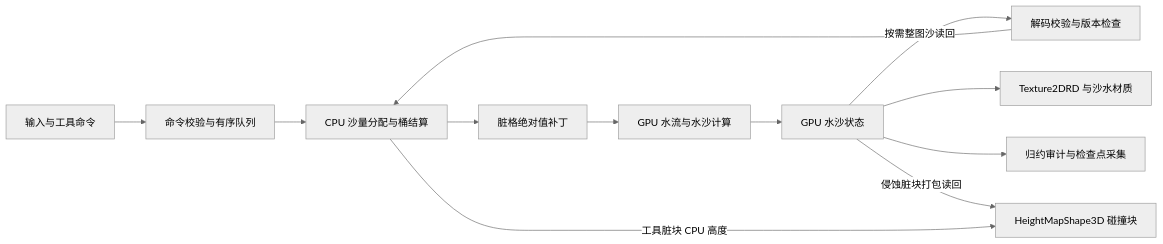
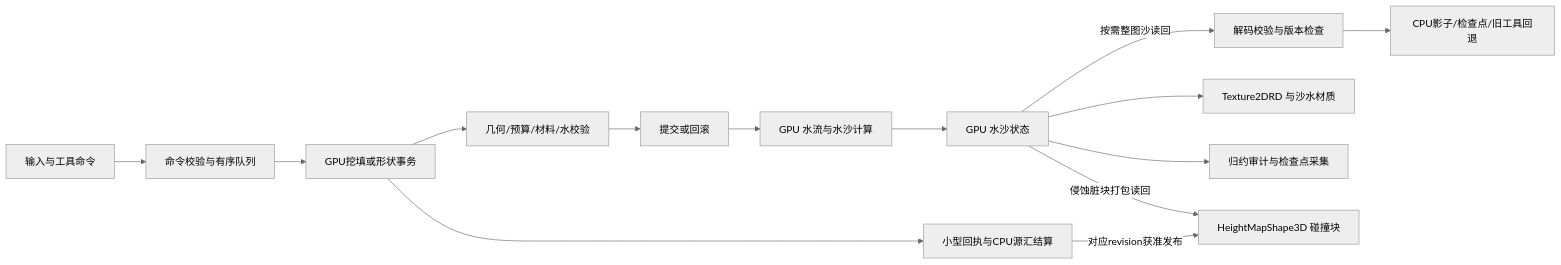
The first of 2 diagrams in docs/当前项目技术方案.md (bobozai2019/sancastle), drawn with Mermaid (neutral theme) before and after one commit. The commit also changed other lines of this file and 725 other files, not shown here.

````diff
--- a/docs/当前项目技术方案.md
+++ b/docs/当前项目技术方案.md
@@ -59,14 +75,16 @@
 ```mermaid
 flowchart LR
     I[输入与工具命令] --> Q[命令校验与有序队列]
-    Q --> C[CPU 沙量分配与桶结算]
-    C --> P[脏格绝对值补丁]
-    P --> G[GPU 水流与水沙计算]
+    Q --> E[GPU挖填或形状事务]
+    E --> V[几何/预算/材料/水校验]
+    V --> C[提交或回滚]
+    C --> G[GPU 水流与水沙计算]
     G --> S[GPU 水沙状态]
     S -->|按需整图沙读回| R[解码校验与版本检查]
-    R --> C
+    R --> L[CPU影子/检查点/旧工具回退]
+    E --> B[小型回执与CPU源汇结算]
     S --> T[Texture2DRD 与沙水材质]
     S --> A[归约审计与检查点采集]
     S -->|侵蚀脏块打包读回| H[HeightMapShape3D 碰撞块]
-    C -->|工具脏块 CPU 高度| H
+    B -->|对应revision获准发布| H
 ```
````
